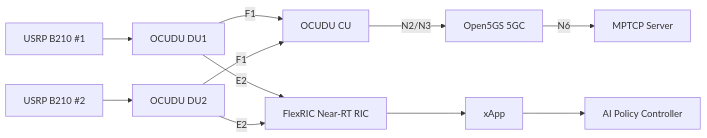
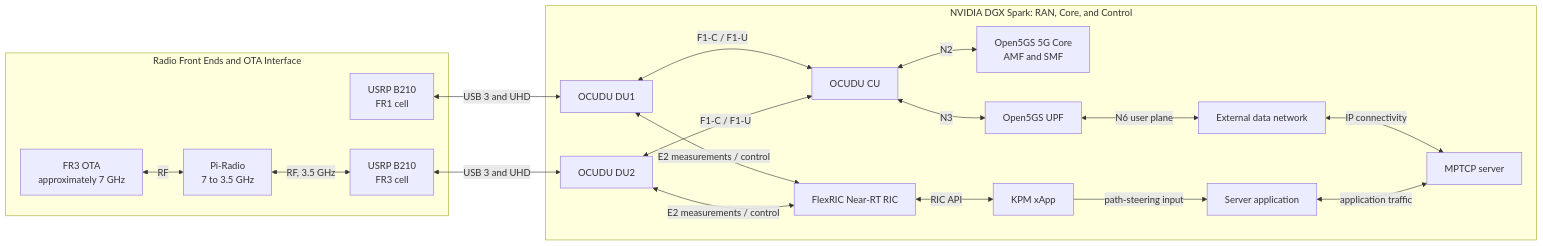
The second of 2 diagrams in README.md (Ruibin2000/Falcomm), drawn with Mermaid before and after one commit. The commit also changed other lines of this file and 2 other files, not shown here.

Commit message:
update the architecture

````diff
--- a/README.md
+++ b/README.md
@@ -7,13 +58,39 @@
 ```mermaid
 flowchart LR
-    B1[USRP B210 #1] --> DU1[OCUDU DU1]
-    B2[USRP B210 #2] --> DU2[OCUDU DU2]
-    DU1 -->|F1| CU[OCUDU CU]
-    DU2 -->|F1| CU
-    DU1 -->|E2| RIC[FlexRIC Near-RT RIC]
-    DU2 -->|E2| RIC
-    CU -->|N2/N3| Core[Open5GS 5GC]
-    Core -->|N6| Server[MPTCP Server]
-    RIC --> xApp[xApp]
-    xApp --> AI[AI Policy Controller]
+    subgraph DGX[NVIDIA DGX Spark: RAN, Core, and Control]
+        DU1[OCUDU DU1]
+        DU2[OCUDU DU2]
+        CU[OCUDU CU]
+        Core[Open5GS 5G Core<br/>AMF and SMF]
+        UPF[Open5GS UPF]
+        RIC[FlexRIC Near-RT RIC]
+        XAPP[KPM xApp]
+        App[Server application]
+        MPTCP[MPTCP server]
+        DN[External data network]
+
+        DU1 <-->|F1-C / F1-U| CU
+        DU2 <-->|F1-C / F1-U| CU
+        DU1 <-->|E2 measurements / control| RIC
+        DU2 <-->|E2 measurements / control| RIC
+        CU <-->|N2| Core
+        CU <-->|N3| UPF
+        UPF <-->|N6 user plane| DN
+        DN <-->|IP connectivity| MPTCP
+        RIC <-->|RIC API| XAPP
+        XAPP -->|path-steering input| App
+        App <-->|application traffic| MPTCP
+    end
+
+    subgraph RF[Radio Front Ends and OTA Interface]
+        B1[USRP B210<br/>FR1 cell]
+        OTA3[FR3 OTA<br/>approximately 7 GHz]
+        PR[Pi-Radio<br/>7 to 3.5 GHz]
+        B2[USRP B210<br/>FR3 cell]
+        OTA3 <-->|RF| PR
+        PR <-->|RF, 3.5 GHz| B2
+    end
+
+    B1 <-->|USB 3 and UHD| DU1
+    B2 <-->|USB 3 and UHD| DU2
 ```
````
